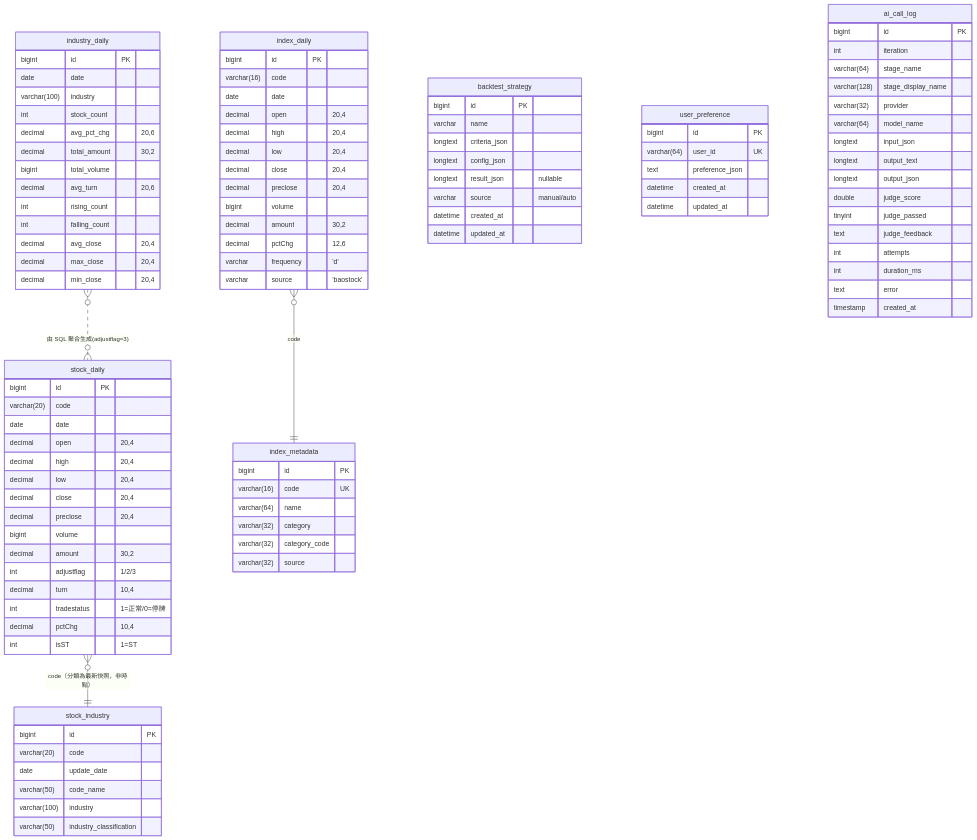
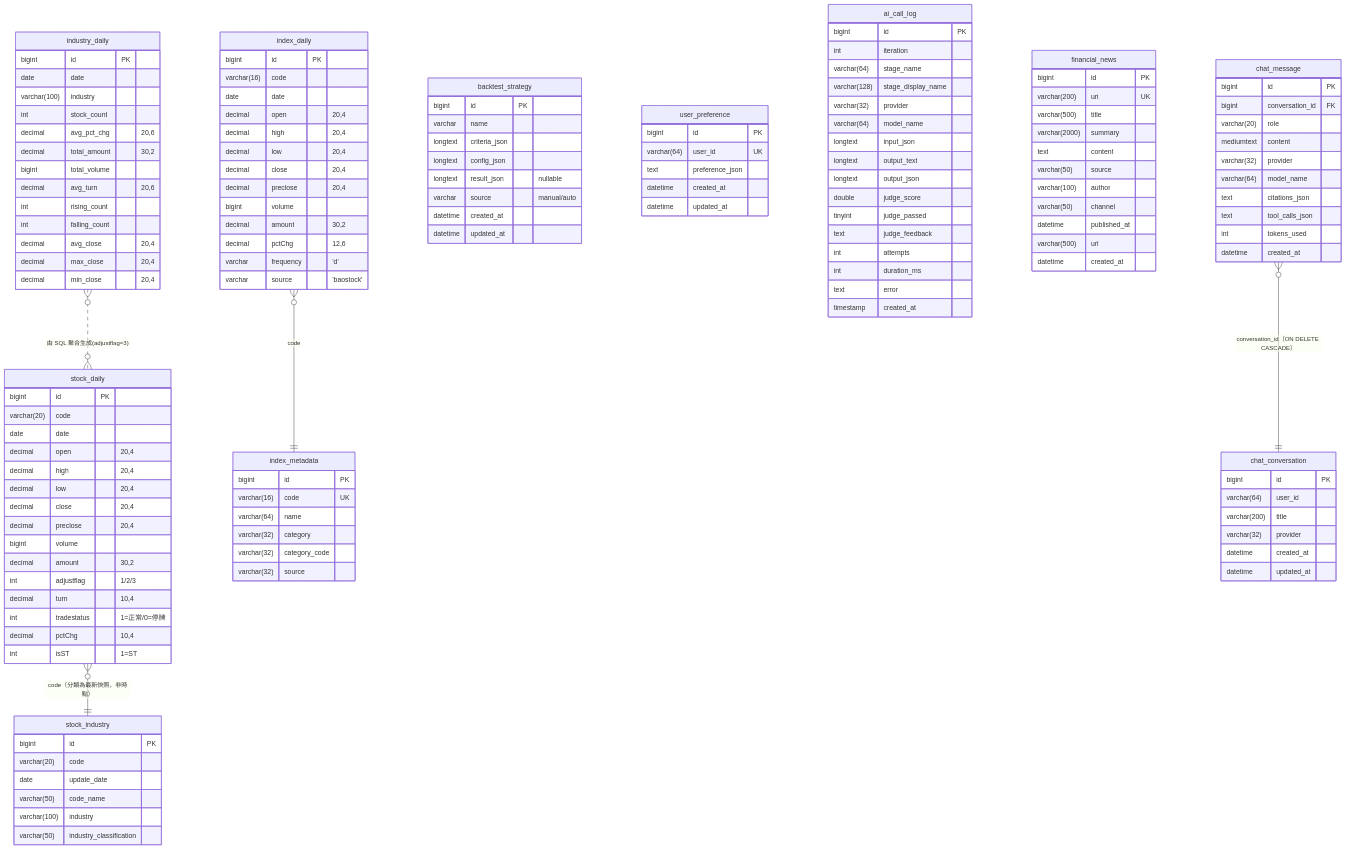
The diagram in docs/database.md (JackLiKa/TradingWorkstation), drawn with Mermaid before and after one commit. The commit also changed other lines of this file and 8 other files, not shown here.

````diff
--- a/docs/database.md
+++ b/docs/database.md
@@ -151,8 +152,42 @@
         text error
         timestamp created_at
     }
+    financial_news {
+        bigint id PK
+        varchar(200) uri UK
+        varchar(500) title
+        varchar(2000) summary
+        text content
+        varchar(50) source
+        varchar(100) author
+        varchar(50) channel
+        datetime published_at
+        varchar(500) url
+        datetime created_at
+    }
+    chat_conversation {
+        bigint id PK
+        varchar(64) user_id
+        varchar(200) title
+        varchar(32) provider
+        datetime created_at
+        datetime updated_at
+    }
+    chat_message {
+        bigint id PK
+        bigint conversation_id FK
+        varchar(20) role
+        mediumtext content
+        varchar(32) provider
+        varchar(64) model_name
+        text citations_json
+        text tool_calls_json
+        int tokens_used
+        datetime created_at
+    }
 
     stock_daily }o--|| stock_industry : "code（分類為最新快照，非時點）"
     industry_daily }o..o{ stock_daily : "由 SQL 聚合生成(adjustflag=3)"
     index_daily }o--|| index_metadata : "code"
+    chat_message }o--|| chat_conversation : "conversation_id（ON DELETE CASCADE）"
 ```
````
